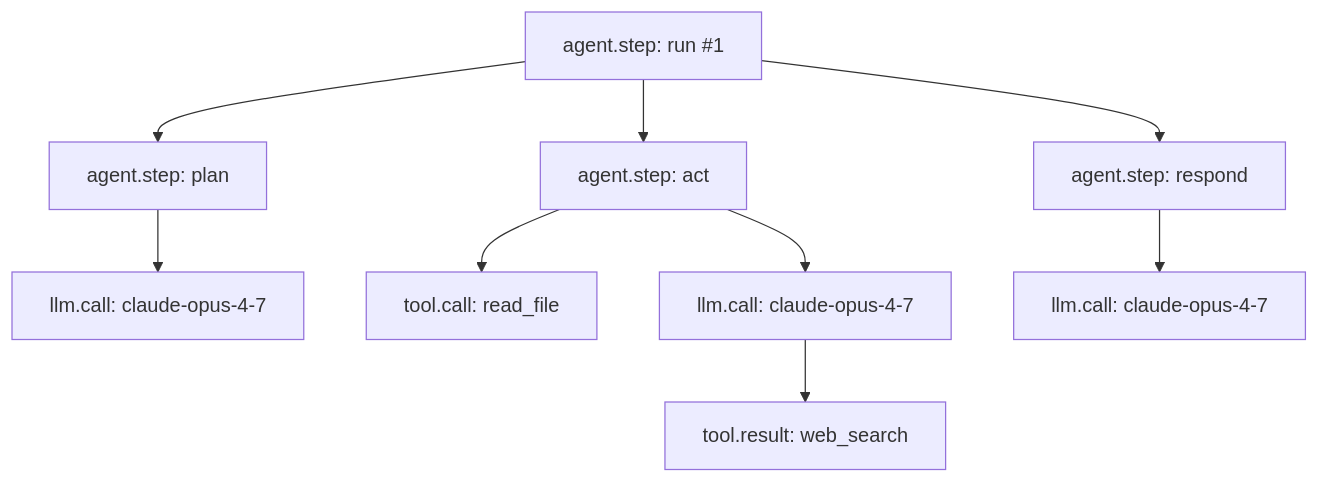
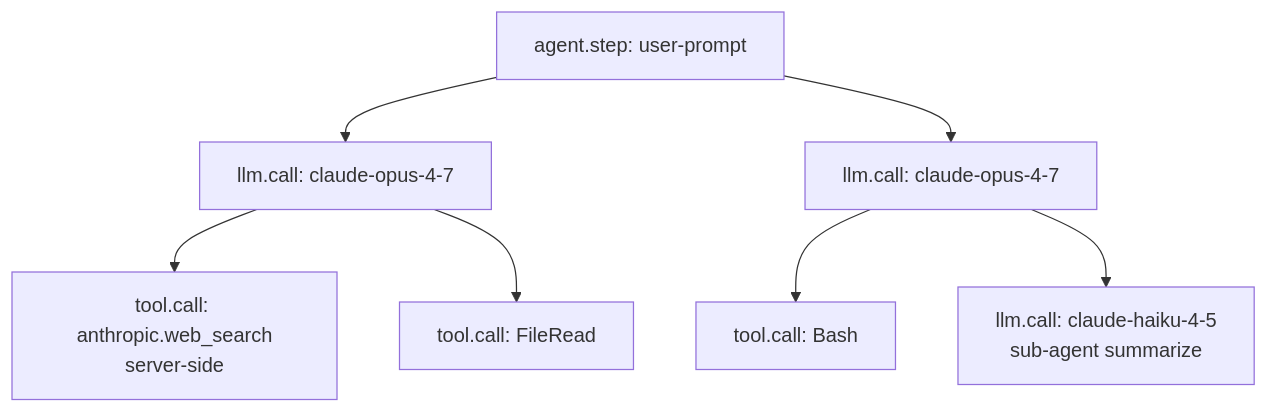
The second of 2 diagrams in README.md (ask-sol/Wyrd), drawn with Mermaid before and after one commit. The commit also changed other lines of this file and 109 other files, not shown here.

Commit message:
This change set adds four new features to the Wyrd Console plus a major   UX fix for Anthropic server-side web_search results, and aligns the   README with the shipped state.

````diff
--- a/README.md
+++ b/README.md
@@ -109,12 +151,10 @@
 ```mermaid
 flowchart TD
-  R[agent.step: run #1]
-  R --> S1[agent.step: plan]
-  S1 --> L1[llm.call: claude-opus-4-7]
-  R --> S2[agent.step: act]
-  S2 --> T1[tool.call: read_file]
-  S2 --> L2[llm.call: claude-opus-4-7]
-  L2 --> T2[tool.result: web_search]
-  R --> S3[agent.step: respond]
-  S3 --> L3[llm.call: claude-opus-4-7]
+  R[agent.step: user-prompt]
+  R --> L1[llm.call: claude-opus-4-7]
+  L1 --> T1[tool.call: anthropic.web_search<br/>server-side]
+  L1 --> T2[tool.call: FileRead]
+  R --> L2[llm.call: claude-opus-4-7]
+  L2 --> T3[tool.call: Bash]
+  L2 --> L3[llm.call: claude-haiku-4-5<br/>sub-agent summarize]
 ```
````
